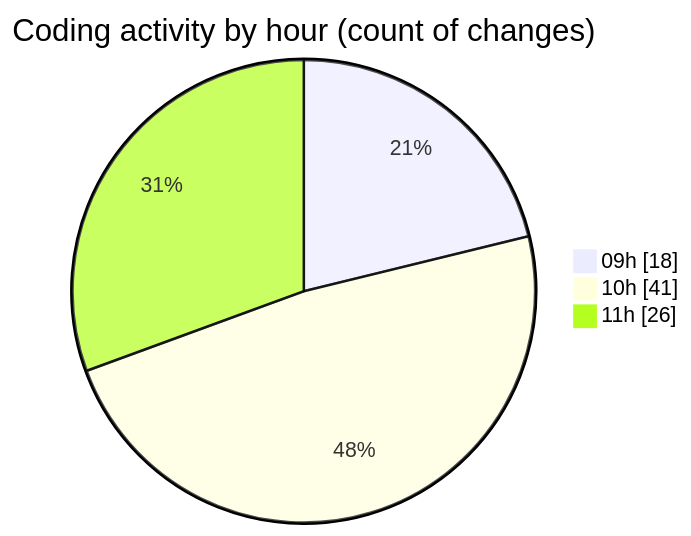
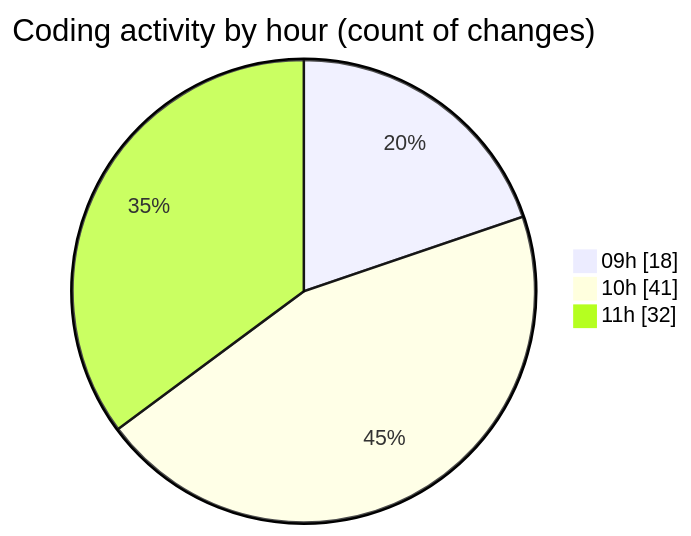
One commit to momahboobian/code-tracking changed the second of 2 diagrams in 2025-02-11/cda/README.md. Above: the diagram before and after it, drawn with Mermaid. The commit also changed other lines of this file and 1 other file, not shown here.

````diff
--- a/2025-02-11/cda/README.md
+++ b/2025-02-11/cda/README.md
@@ -32,7 +32,7 @@
 ```mermaid
 pie showData
 title Coding activity by hour (count of changes)
 "09h" : 18
 "10h" : 41
-"11h" : 26
+"11h" : 32
 ```
````
